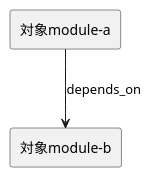
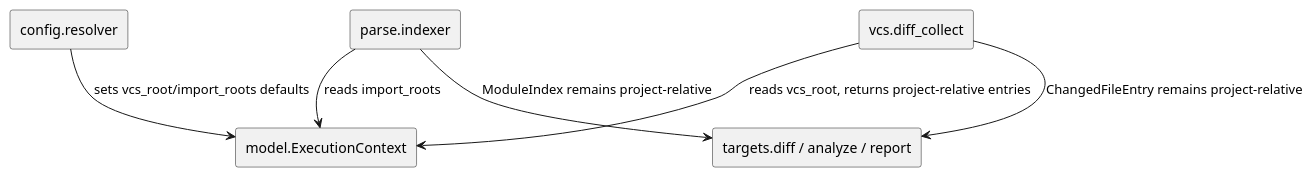
The diagram in spec-dock/initiatives/init-00001-pyclassuml-prototype/epics/epic-00004-framework-render-report/issues/iss-00034-monorepo-import-root-relations/design.md (chemitaro/pyclassuml), drawn with PlantUML before and after one commit. The commit also changed other lines of this file and 10 other files, not shown here.

````diff
--- a/spec-dock/initiatives/init-00001-pyclassuml-prototype/epics/epic-00004-framework-render-report/issues/iss-00034-monorepo-import-root-relations/design.md
+++ b/spec-dock/initiatives/init-00001-pyclassuml-prototype/epics/epic-00004-framework-render-report/issues/iss-00034-monorepo-import-root-relations/design.md
@@ -88,11 +51,17 @@
 ```plantuml
 @startuml
 top to bottom direction
-' show module / class / file / function dependencies that affect implementation order
-' do not copy Initiative/Epic diagrams
 
-rectangle "対象module-a" as A
-rectangle "対象module-b" as B
-A --> B : depends_on
+rectangle "config.resolver" as Resolver
+rectangle "model.ExecutionContext" as Context
+rectangle "vcs.diff_collect" as Vcs
+rectangle "parse.indexer" as Parser
+rectangle "targets.diff / analyze / report" as Downstream
+
+Resolver --> Context : sets vcs_root/import_roots defaults
+Vcs --> Context : reads vcs_root, returns project-relative entries
+Parser --> Context : reads import_roots
+Vcs --> Downstream : ChangedFileEntry remains project-relative
+Parser --> Downstream : ModuleIndex remains project-relative
 @enduml
 ```
````
